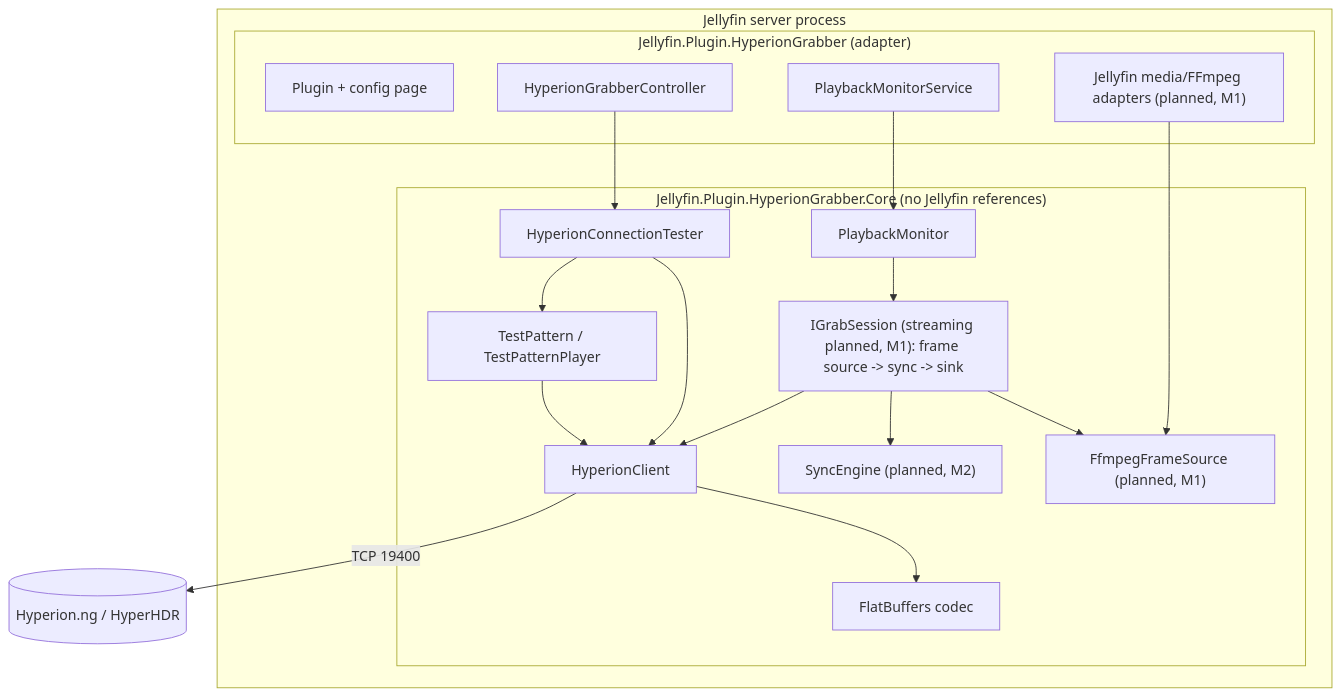
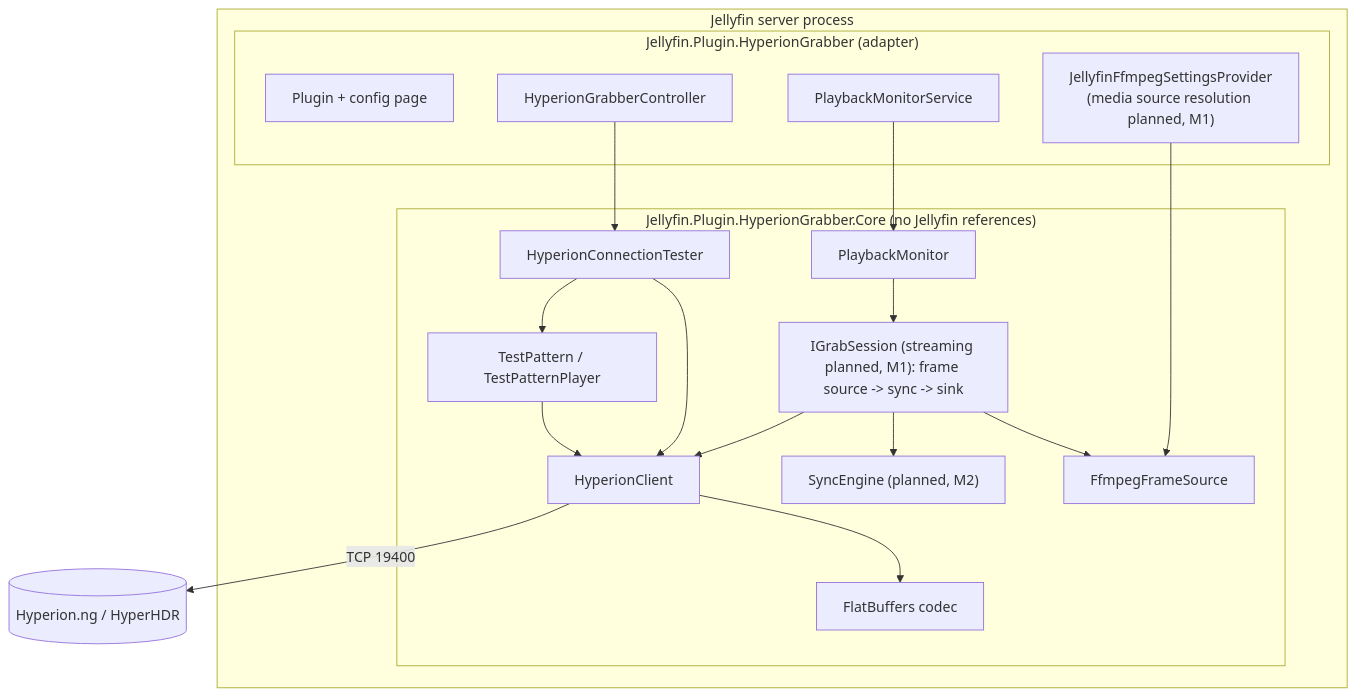
Before and after one commit to 25LioN52/JellyfinHyperionGrabber: the first of 2 diagrams in docs/development/architecture.md, drawn with Mermaid. The commit also changed other lines of this file and 28 other files, not shown here.

Commit message:
feat: ffmpeg frame source with hardware acceleration (#15)

````diff
--- a/docs/development/architecture.md
+++ b/docs/development/architecture.md
@@ -5,30 +5,30 @@
 ```mermaid
 flowchart TB
     subgraph Jellyfin["Jellyfin server process"]
         subgraph Plugin["Jellyfin.Plugin.HyperionGrabber (adapter)"]
             P[Plugin + config page]
             API[HyperionGrabberController]
             Mon[PlaybackMonitorService]
-            Src["Jellyfin media/FFmpeg adapters (planned, M1)"]
+            Src["JellyfinFfmpegSettingsProvider<br/>(media source resolution planned, M1)"]
         end
         subgraph Core["Jellyfin.Plugin.HyperionGrabber.Core (no Jellyfin references)"]
             Tester[HyperionConnectionTester]
             Pattern[TestPattern / TestPatternPlayer]
             Monitor[PlaybackMonitor]
             Session["IGrabSession (streaming planned, M1): frame source -> sync -> sink"]
             Sync["SyncEngine (planned, M2)"]
-            Frames["FfmpegFrameSource (planned, M1)"]
+            Frames["FfmpegFrameSource"]
             Client[HyperionClient]
             Codec[FlatBuffers codec]
         end
     end
     API --> Tester --> Client
     Tester --> Pattern --> Client
     Mon --> Monitor --> Session
     Src --> Frames
     Session --> Frames
     Session --> Sync
     Session --> Client
     Client --> Codec
     Client -- TCP 19400 --> H[(Hyperion.ng / HyperHDR)]
 ```
````
